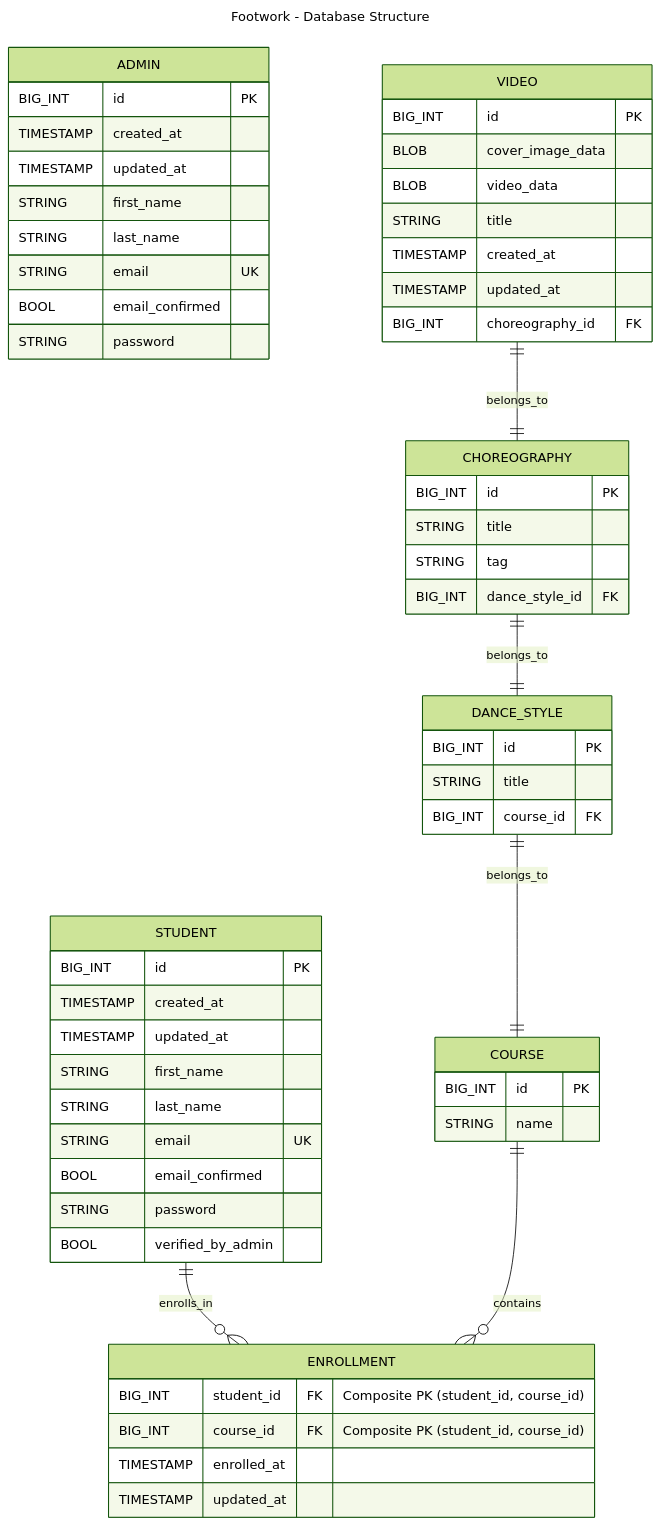
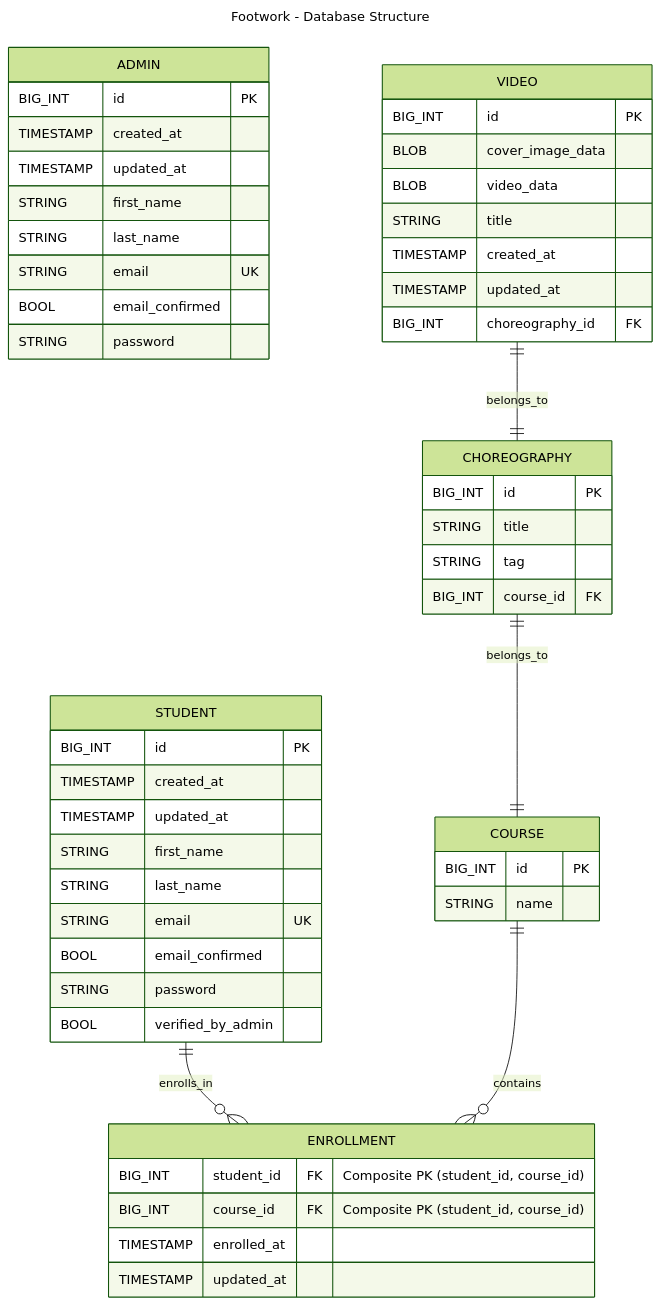
Before and after one commit to gianlucaromeo/footwork-backend: the diagram in README.md, drawn with Mermaid (forest theme).

````diff
--- a/README.md
+++ b/README.md
@@ -6,70 +6,63 @@
 ```mermaid
 ---
 title: Footwork - Database Structure
 ---
 erDiagram
     ADMIN {
         BIG_INT id PK
         TIMESTAMP created_at
         TIMESTAMP updated_at
         STRING first_name
         STRING last_name
         STRING email UK
         BOOL email_confirmed
         STRING password
     }
 
     STUDENT {
         BIG_INT id PK
         TIMESTAMP created_at
         TIMESTAMP updated_at
         STRING first_name
         STRING last_name
         STRING email UK
         BOOL email_confirmed
         STRING password
         BOOL verified_by_admin
     }
 
     COURSE {
         BIG_INT id PK
         STRING name
     }
 
-    DANCE_STYLE {
-        BIG_INT id PK
-        STRING title
-        BIG_INT course_id FK
-    }
-
     CHOREOGRAPHY {
         BIG_INT id PK
         STRING title
         STRING tag
-        BIG_INT dance_style_id FK
+        BIG_INT course_id FK
     }
 
     VIDEO {
         BIG_INT id PK
         BLOB cover_image_data
         BLOB video_data
         STRING title
         TIMESTAMP created_at
         TIMESTAMP updated_at
         BIG_INT choreography_id FK
     }
 
     ENROLLMENT {
         BIG_INT student_id FK "Composite PK (student_id, course_id)"
         BIG_INT course_id FK "Composite PK (student_id, course_id)"
         TIMESTAMP enrolled_at
         TIMESTAMP updated_at
     }
     
     VIDEO ||--|| CHOREOGRAPHY : belongs_to
-    CHOREOGRAPHY ||--|| DANCE_STYLE : belongs_to
-    DANCE_STYLE ||--|| COURSE : belongs_to
+    CHOREOGRAPHY ||--|| COURSE : belongs_to
 
     STUDENT ||--o{ ENROLLMENT : enrolls_in
     COURSE ||--o{ ENROLLMENT : contains
 ```
````
